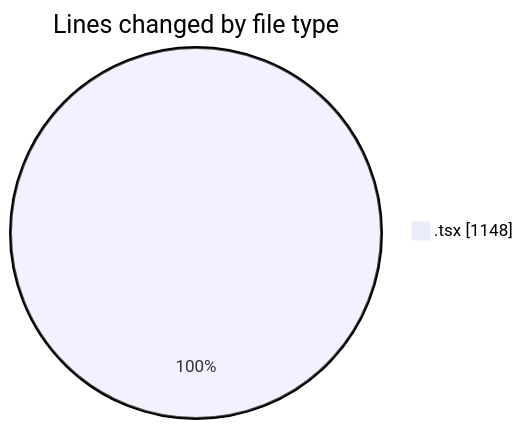
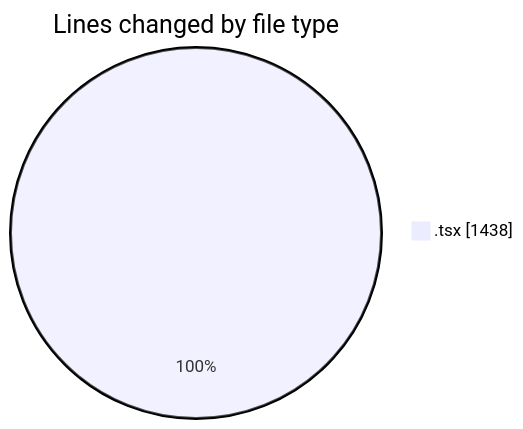
The first of 2 diagrams in 2026-06-07/nxtqube_webapp/README.md (nxtqubesakshisongat/code-tracking), drawn with Mermaid before and after one commit. The commit also changed other lines of this file and 1 other file, not shown here.

````diff
--- a/2026-06-07/nxtqube_webapp/README.md
+++ b/2026-06-07/nxtqube_webapp/README.md
@@ -21,5 +22,5 @@
 ```mermaid
 pie showData
 title Lines changed by file type
-".tsx" : 1148
+".tsx" : 1438
 ```
````
